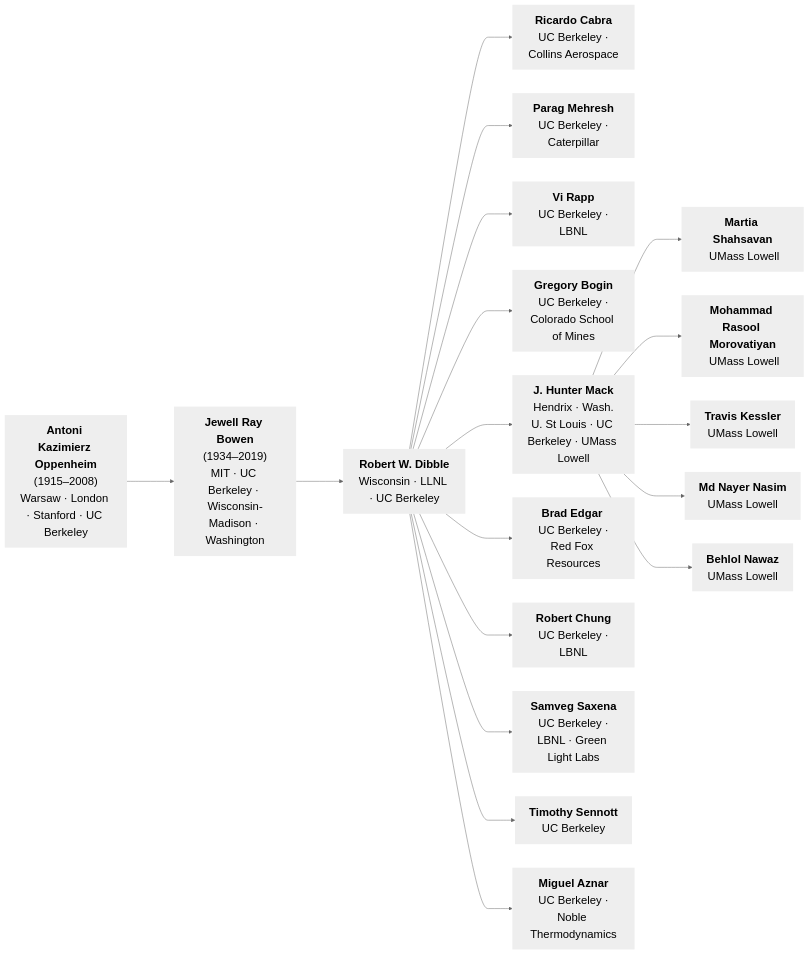
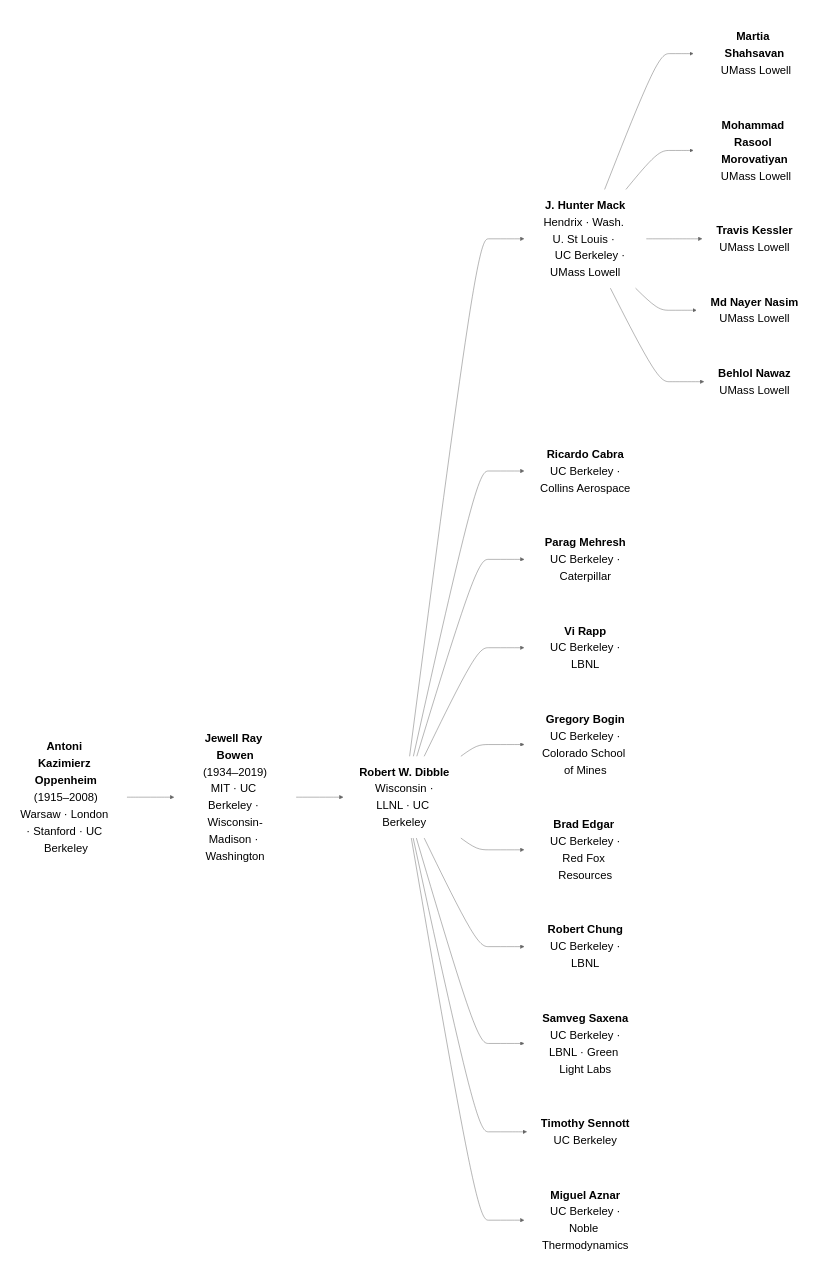
The diagram in acad_tree_LR.md (bnawaz95/ECRL-acad-tree), drawn with Mermaid (neutral theme) before and after one commit.

Commit message:
Minor change

````diff
--- a/acad_tree_LR.md
+++ b/acad_tree_LR.md
@@ -1,49 +1,55 @@
 ```mermaid
-
 flowchart LR
     A["<b>Antoni Kazimierz Oppenheim</b><br/>(1915–2008)<br/>Warsaw · London · Stanford · UC Berkeley"]
 
     B["<b>Jewell Ray Bowen</b><br/>(1934–2019)<br/>MIT · UC Berkeley · Wisconsin-Madison · Washington"]
 
-    C["<b>Robert W. Dibble</b><br/>Wisconsin · LLNL · UC Berkeley"]
+    C["<b>Robert W. Dibble</b><br/> Wisconsin · LLNL · UC Berkeley"]
 
+    D0["<b>J. Hunter Mack</b><br/>Hendrix · Wash. U. St Louis · 
+    UC Berkeley · UMass Lowell"]
     D1["<b>Ricardo Cabra</b><br/> UC Berkeley · Collins Aerospace"]
     D2["<b>Parag Mehresh</b><br/> UC Berkeley · Caterpillar"]
     D3["<b>Vi Rapp</b><br/> UC Berkeley · LBNL"]
     D4["<b>Gregory Bogin</b><br/> UC Berkeley · Colorado School of Mines"]
-    D0["<b>J. Hunter Mack</b><br/> Hendrix · Wash. U. St Louis · UC Berkeley · UMass Lowell"]
     D5["<b>Brad Edgar </b><br/> UC Berkeley · Red Fox Resources"]
     D6["<b>Robert Chung</b><br/> UC Berkeley · LBNL"]
     D7["<b>Samveg Saxena</b><br/> UC Berkeley · LBNL · Green Light Labs"]
     D8["<b>Timothy Sennott</b><br/> UC Berkeley"]
     D9["<b>Miguel Aznar</b><br/> UC Berkeley · Noble Thermodynamics"]
 
-    E["<b>Martia Shahsavan</b><br/> UMass Lowell"]
-    F["<b>Mohammad Rasool Morovatiyan</b><br/> UMass Lowell"]
-    G["<b>Travis Kessler</b><br/> UMass Lowell"]
-    H["<b>Md Nayer Nasim</b><br/> UMass Lowell"]
-    I["<b>Behlol Nawaz</b><br/> UMass Lowell"]
+    E1["<b>Martia Shahsavan</b><br/> UMass Lowell"]
+    E2["<b>Mohammad Rasool Morovatiyan</b><br/> UMass Lowell"]
+    E3["<b>Travis Kessler</b><br/> UMass Lowell"]
+    E4["<b>Md Nayer Nasim</b><br/> UMass Lowell"]
+    E5["<b>Behlol Nawaz</b><br/> UMass Lowell"]
 
     A ---> B
     B ---> C
 
     C ---> D0
     C ---> D1
     C ---> D2
     C ---> D3
     C ---> D4
     C ---> D5
     C ---> D6
     C ---> D7
     C ---> D8
     C ---> D9
 
-    D0 ---> E
-    D0 ---> F
-    D0 ---> G
-    D0 ---> H
-    D0 ---> I
+    subgraph Mack [" "]
+    D0 ---> E1
+    D0 ---> E2
+    D0 ---> E3
+    D0 ---> E4
+    D0 ---> E5
+    end
 
-classDef noBorder stroke:none,stroke-width:0px,fill:#None,font-size:24px;
-class A,B,C,D0,D1,D2,D3,D4,D5,D6,D6,D7,D8,D9,E,F,G,H,I, noBorder
+classDef noBorder stroke:none,stroke-width:0px,fill:none,font-size:24px;
+class A,B,C,D0,D1,D2,D3,D4,D5,D6,D6,D7,D8,D9,E1,E2,E3,E4,E5, noBorder
+
+%% Style the subgraph to be invisible
+classDef invisible fill:none,stroke:none,stroke-width:0;
+class Mack invisible;
 ```
````
